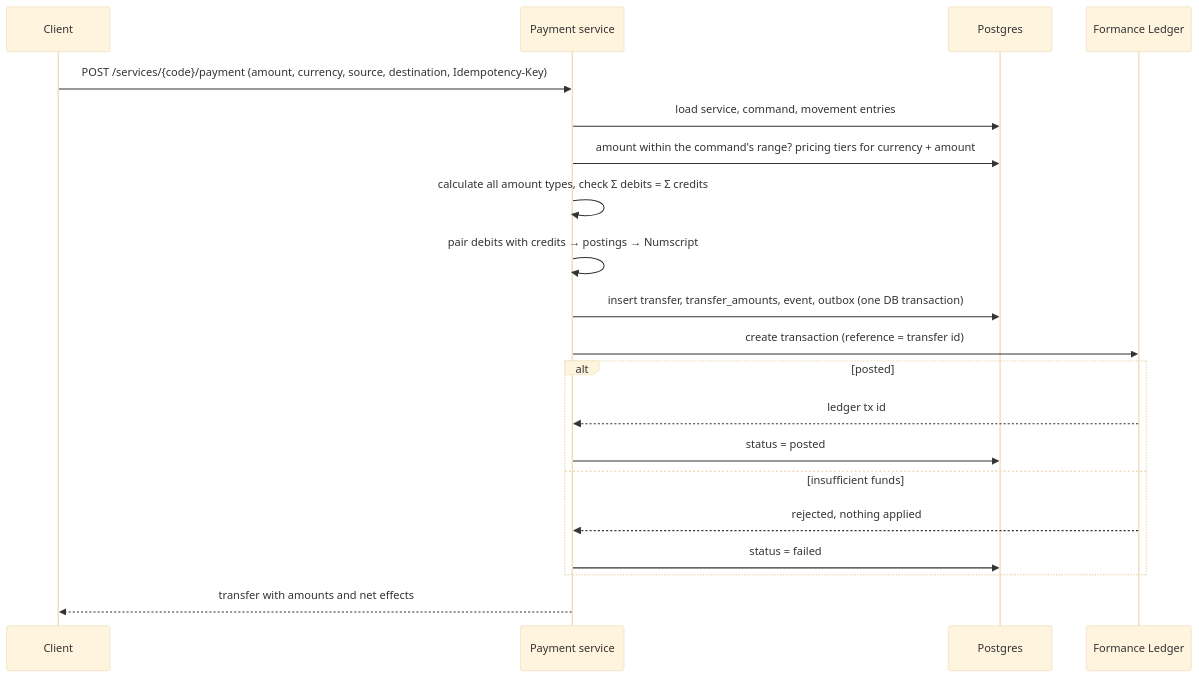
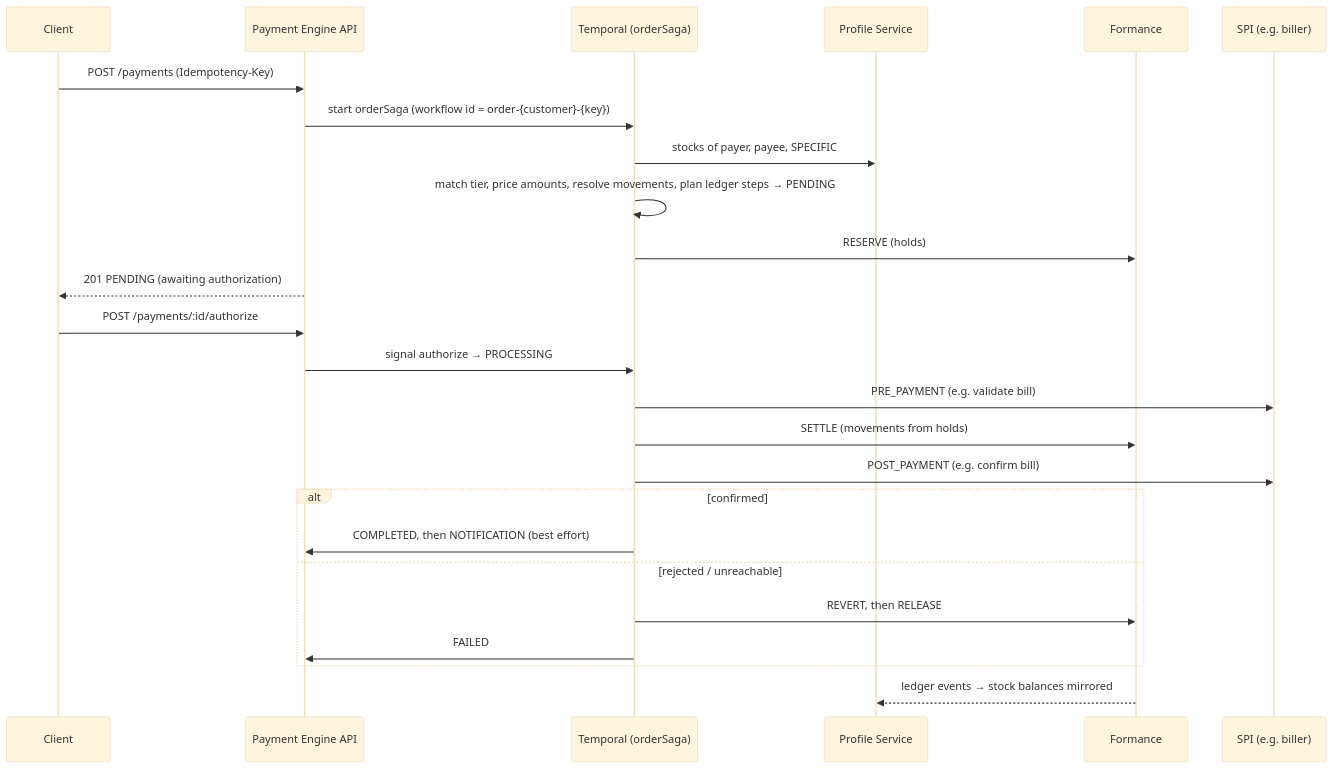
One commit to NeupOrng/payment-formance-poc changed the third of 3 diagrams in docs/05-schema.md. Above: the diagram before and after it, drawn with Mermaid (base theme). The commit also changed other lines of this file and 286 other files, not shown here.

````diff
--- a/docs/05-schema.md
+++ b/docs/05-schema.md
@@ -256,22 +147,27 @@
 ```mermaid
 sequenceDiagram
-    participant App as Client
-    participant API as Payment service
-    participant DB as Postgres
-    participant FL as Formance Ledger
-    App->>API: POST /services/{code}/payment (amount, currency, source, destination, Idempotency-Key)
-    API->>DB: load service, command, movement entries
-    API->>DB: amount within the command's range? pricing tiers for currency + amount
-    API->>API: calculate all amount types, check Σ debits = Σ credits
-    API->>API: pair debits with credits → postings → Numscript
-    API->>DB: insert transfer, transfer_amounts, event, outbox (one DB transaction)
-    API->>FL: create transaction (reference = transfer id)
-    alt posted
-        FL-->>API: ledger tx id
-        API->>DB: status = posted
-    else insufficient funds
-        FL-->>API: rejected, nothing applied
-        API->>DB: status = failed
+    participant C as Client
+    participant API as Payment Engine API
+    participant T as Temporal (orderSaga)
+    participant P as Profile Service
+    participant L as Formance
+    participant S as SPI (e.g. biller)
+    C->>API: POST /payments (Idempotency-Key)
+    API->>T: start orderSaga (workflow id = order-{customer}-{key})
+    T->>P: stocks of payer, payee, SPECIFIC
+    T->>T: match tier, price amounts, resolve movements, plan ledger steps → PENDING
+    T->>L: RESERVE (holds)
+    API-->>C: 201 PENDING (awaiting authorization)
+    C->>API: POST /payments/:id/authorize
+    API->>T: signal authorize → PROCESSING
+    T->>S: PRE_PAYMENT (e.g. validate bill)
+    T->>L: SETTLE (movements from holds)
+    T->>S: POST_PAYMENT (e.g. confirm bill)
+    alt confirmed
+        T->>API: COMPLETED, then NOTIFICATION (best effort)
+    else rejected / unreachable
+        T->>L: REVERT, then RELEASE
+        T->>API: FAILED
     end
-    API-->>App: transfer with amounts and net effects
+    L-->>P: ledger events → stock balances mirrored
 ```
````
